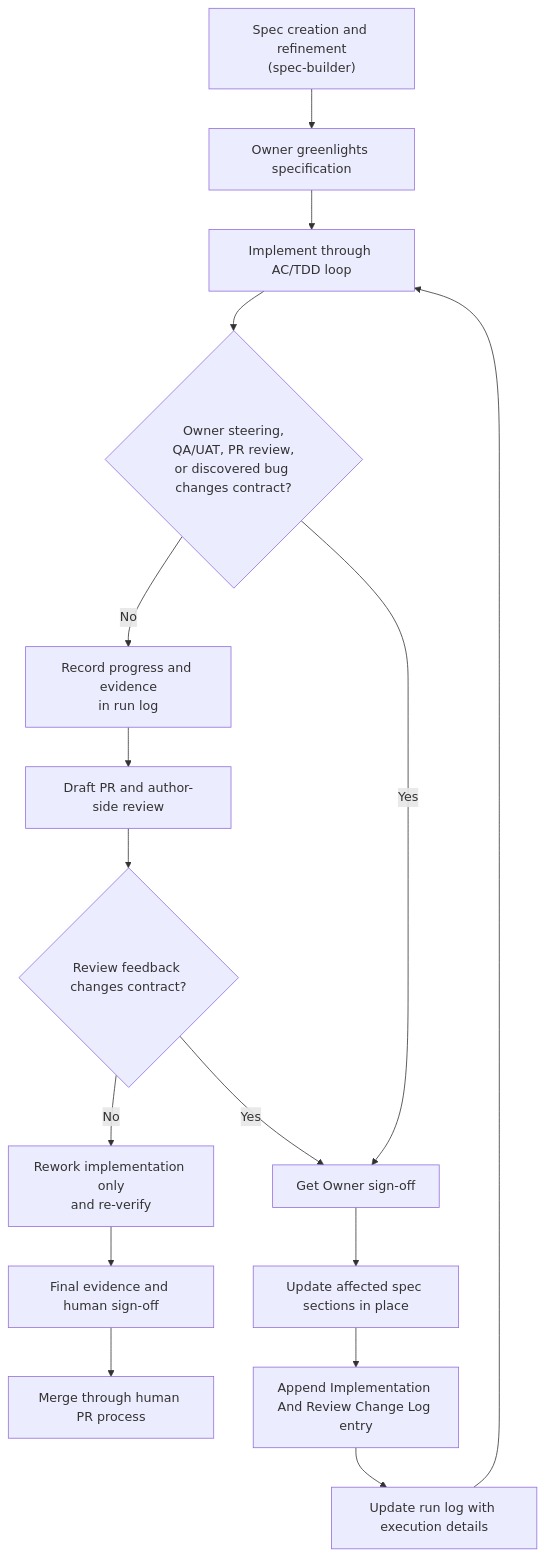
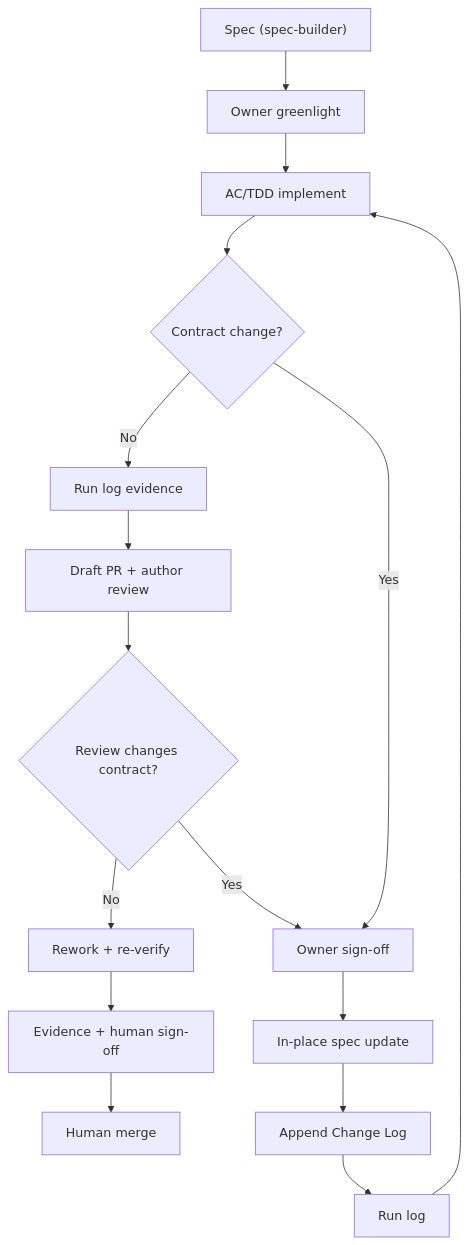
Before and after one commit to iha2/agentic-framework: the diagram in .agents/skills/spec-driven/SKILL.md, drawn with Mermaid. The commit also changed other lines of this file and 95 other files, not shown here.

````diff
--- a/.agents/skills/spec-driven/SKILL.md
+++ b/.agents/skills/spec-driven/SKILL.md
@@ -39,18 +16,18 @@
 ```mermaid
 flowchart TD
-    A["Spec creation and refinement<br/>(spec-builder)"] --> B["Owner greenlights specification"]
-    B --> C["Implement through AC/TDD loop"]
-    C --> D{"Owner steering,<br/>QA/UAT, PR review,<br/>or discovered bug changes contract?"}
-    D -- "No" --> E["Record progress and evidence<br/>in run log"]
-    E --> F["Draft PR and author-side review"]
-    F --> G{"Review feedback changes contract?"}
-    G -- "No" --> H["Rework implementation only<br/>and re-verify"]
-    H --> I["Final evidence and human sign-off"]
-    I --> J["Merge through human PR process"]
-    D -- "Yes" --> K["Get Owner sign-off"]
-    G -- "Yes" --> K
-    K --> L["Update affected spec sections in place"]
-    L --> M["Append Implementation And Review Change Log entry"]
-    M --> N["Update run log with execution details"]
+    A["Spec (spec-builder)"] --> B["Owner greenlight"]
+    B --> C["AC/TDD implement"]
+    C --> D{"Contract change?"}
+    D -- No --> E["Run log evidence"]
+    E --> F["Draft PR + author review"]
+    F --> G{"Review changes contract?"}
+    G -- No --> H["Rework + re-verify"]
+    H --> I["Evidence + human sign-off"]
+    I --> J["Human merge"]
+    D -- Yes --> K["Owner sign-off"]
+    G -- Yes --> K
+    K --> L["In-place spec update"]
+    L --> M["Append Change Log"]
+    M --> N["Run log"]
     N --> C
 ```
````
